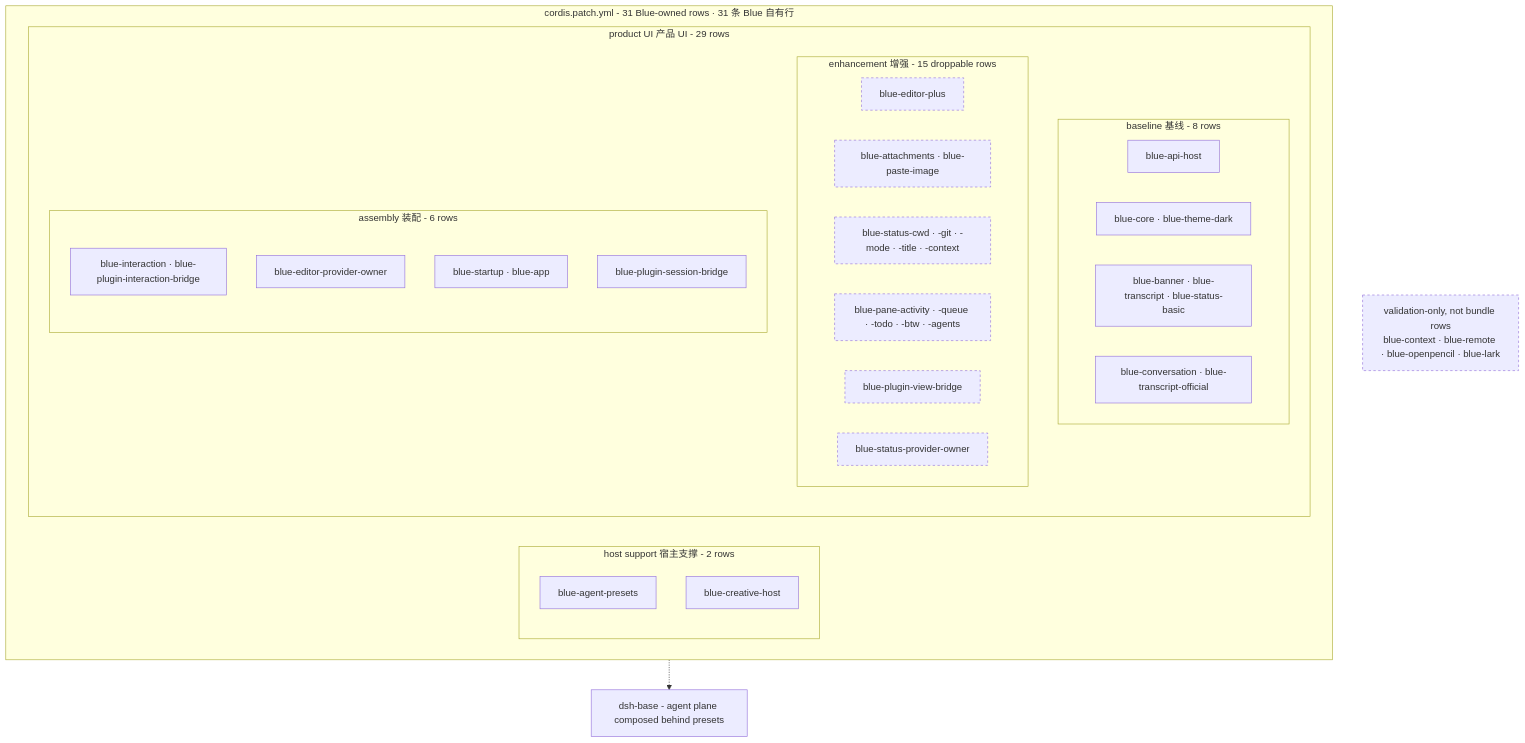
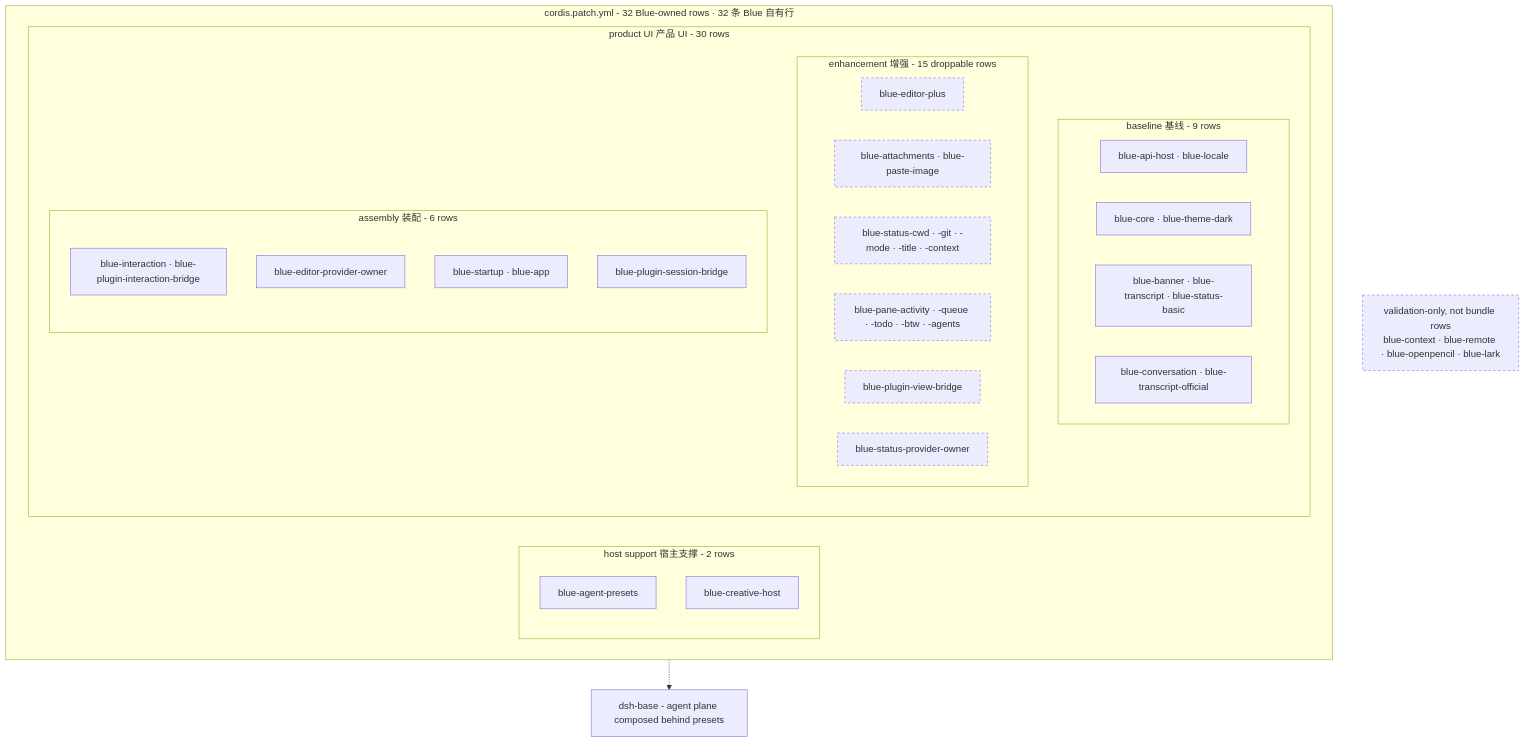
Before and after one commit to dsh-blue/blue: the diagram in docs/diagrams/blue-composition.mmd, drawn with Mermaid. The commit also changed 131 other files, not shown here.

```diff
--- a/docs/diagrams/blue-composition.mmd
+++ b/docs/diagrams/blue-composition.mmd
@@ -1,35 +1,35 @@
 flowchart TB
-    subgraph bundle["cordis.patch.yml - 31 Blue-owned rows · 31 条 Blue 自有行"]
+    subgraph bundle["cordis.patch.yml - 32 Blue-owned rows · 32 条 Blue 自有行"]
         subgraph host["host support 宿主支撑 - 2 rows"]
             presets["blue-agent-presets"]
             creative["blue-creative-host"]
         end
-        subgraph product["product UI 产品 UI - 29 rows"]
-            subgraph baseline["baseline 基线 - 8 rows"]
-                api["blue-api-host"]
+        subgraph product["product UI 产品 UI - 30 rows"]
+            subgraph baseline["baseline 基线 - 9 rows"]
+                api["blue-api-host · blue-locale"]
                 core["blue-core · blue-theme-dark"]
                 chrome["blue-banner · blue-transcript · blue-status-basic"]
                 conversation["blue-conversation · blue-transcript-official"]
             end
             subgraph enhancement["enhancement 增强 - 15 droppable rows"]
                 editorPlus["blue-editor-plus"]
                 att["blue-attachments · blue-paste-image"]
                 statusEnh["blue-status-cwd · -git · -mode · -title · -context"]
                 panes["blue-pane-activity · -queue · -todo · -btw · -agents"]
                 viewBridge["blue-plugin-view-bridge"]
                 statusOwner["blue-status-provider-owner"]
             end
             subgraph assembly["assembly 装配 - 6 rows"]
                 interaction["blue-interaction · blue-plugin-interaction-bridge"]
                 editorOwner["blue-editor-provider-owner"]
                 startup["blue-startup · blue-app"]
                 sessionBridge["blue-plugin-session-bridge"]
             end
         end
     end
     validation["validation-only, not bundle rows\nblue-context · blue-remote · blue-openpencil · blue-lark"]
     dshbase["dsh-base - agent plane composed behind presets"]
     bundle -.-> dshbase
 
     classDef optional stroke-dasharray: 4 4;
     class editorPlus,att,statusEnh,panes,viewBridge,statusOwner,validation optional;
```
